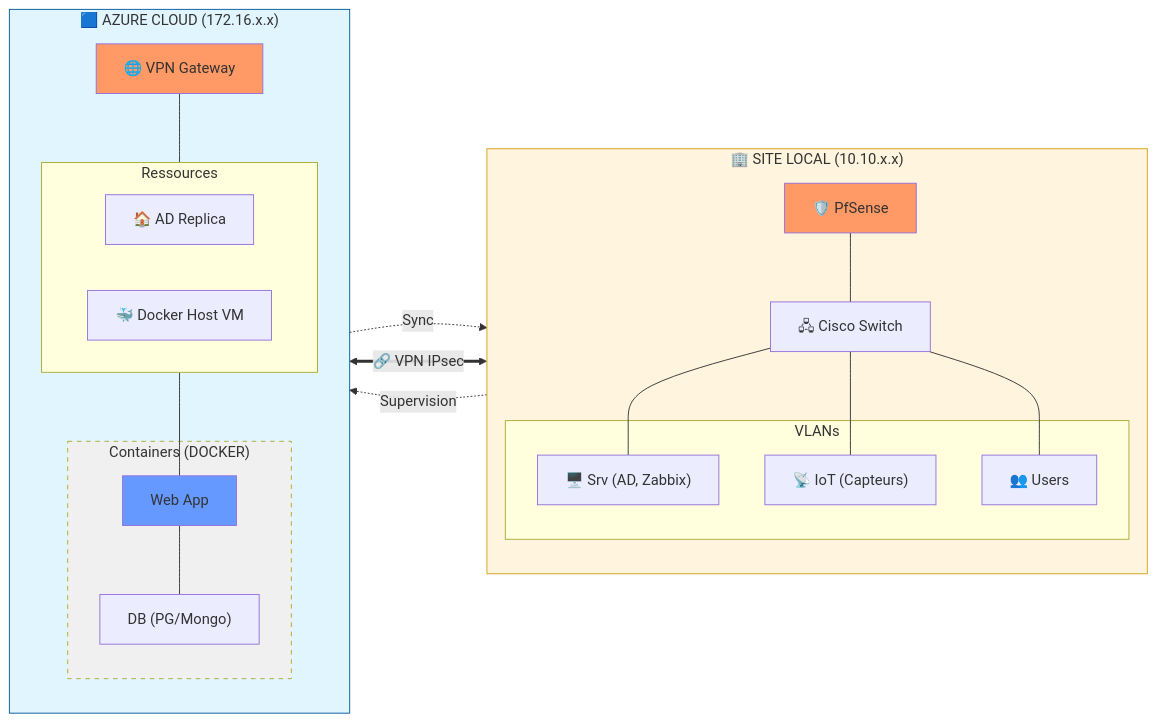
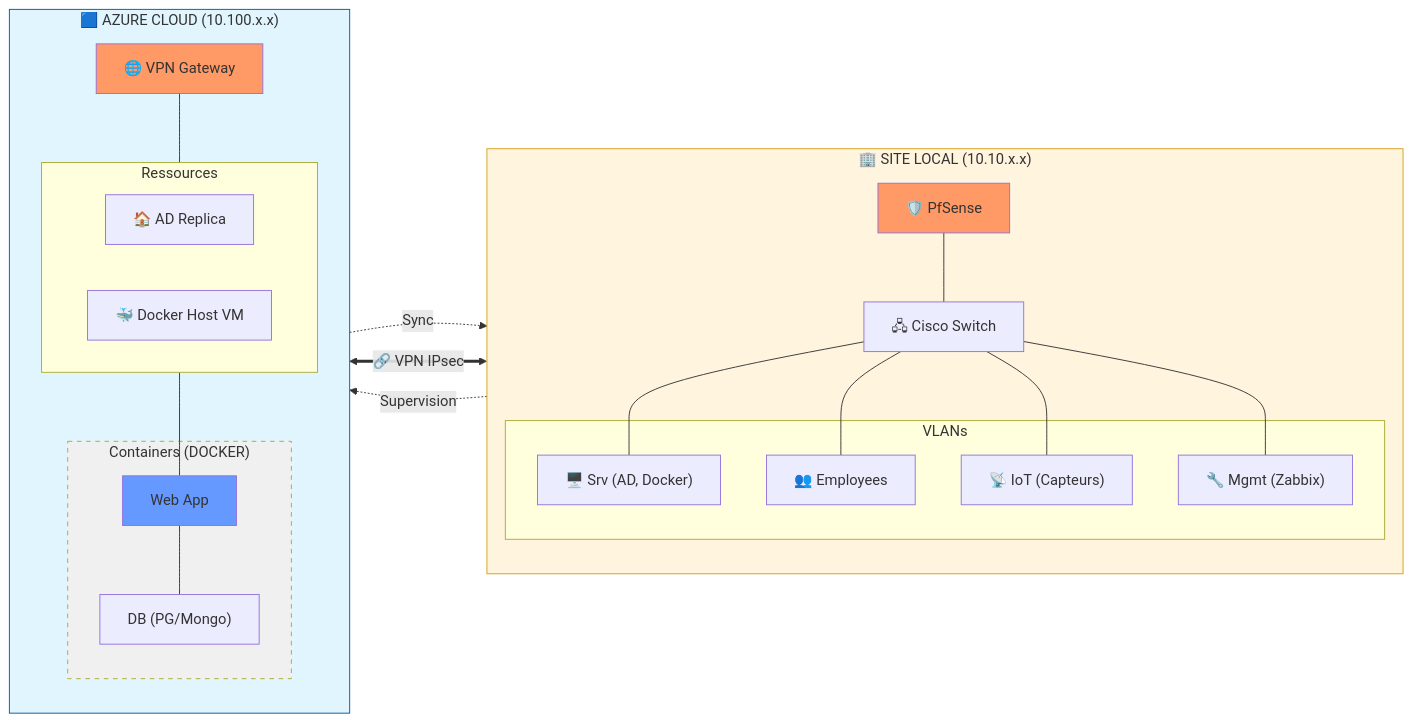
Before and after one commit to supermedmed-hash/B3_MFA_ILYES_OCEANE: the diagram in docs/schemas/architecture_mermaid_lisible.md, drawn with Mermaid. The commit also changed 19 other files, not shown here.

````diff
--- a/docs/schemas/architecture_mermaid_lisible.md
+++ b/docs/schemas/architecture_mermaid_lisible.md
@@ -5,56 +5,58 @@
 ```mermaid
 graph LR
     %% SITE LOCAL
     subgraph LOCAL ["🏢 SITE LOCAL (10.10.x.x)"]
         direction TB
         PFS["🛡️ PfSense"]
         SW["🖧 Cisco Switch"]
         
         subgraph VLANS ["VLANs"]
-            V20["🖥️ Srv (AD, Zabbix)"]
-            V40["📡 IoT (Capteurs)"]
-            V30["👥 Users"]
+            V10["🖥️ Srv (AD, Docker)"]
+            V20["👥 Employees"]
+            V50["📡 IoT (Capteurs)"]
+            V100["🔧 Mgmt (Zabbix)"]
         end
         
         PFS --- SW
+        SW --- V10
         SW --- V20
-        SW --- V40
-        SW --- V30
+        SW --- V50
+        SW --- V100
     end
 
     %% TUNNEL
     PFS <== "🔗 VPN IPsec" ==> VGW
 
     %% AZURE CLOUD
-    subgraph AZURE ["🟦 AZURE CLOUD (172.16.x.x)"]
+    subgraph AZURE ["🟦 AZURE CLOUD (10.100.x.x)"]
         direction TB
         VGW["🌐 VPN Gateway"]
         
         subgraph COMPUTE ["Ressources"]
             direction LR
             DC_AZ["🏠 AD Replica"]
             DOCKER["🐳 Docker Host VM"]
         end
         
         subgraph CONTAINERS ["Containers (DOCKER)"]
             WEB["Web App"]
             DB["DB (PG/Mongo)"]
         end
         
         VGW --- COMPUTE
         DOCKER --- WEB
         WEB --- DB
     end
 
     %% FLUX TRANSVERSES
-    V20 -. "Supervision" .-> DOCKER
-    DC_AZ -. "Sync" .-> V20
+    V100 -. "Supervision" .-> DOCKER
+    DC_AZ -. "Sync" .-> V10
 
     %% STYLING
     style LOCAL fill:#fff4dd,stroke:#d4a017
     style AZURE fill:#e1f5fe,stroke:#01579b
     style PFS fill:#f96
     style VGW fill:#f96
     style WEB fill:#69f
     style CONTAINERS fill:#f0f0f0,stroke-dasharray: 5 5
 ```
````
